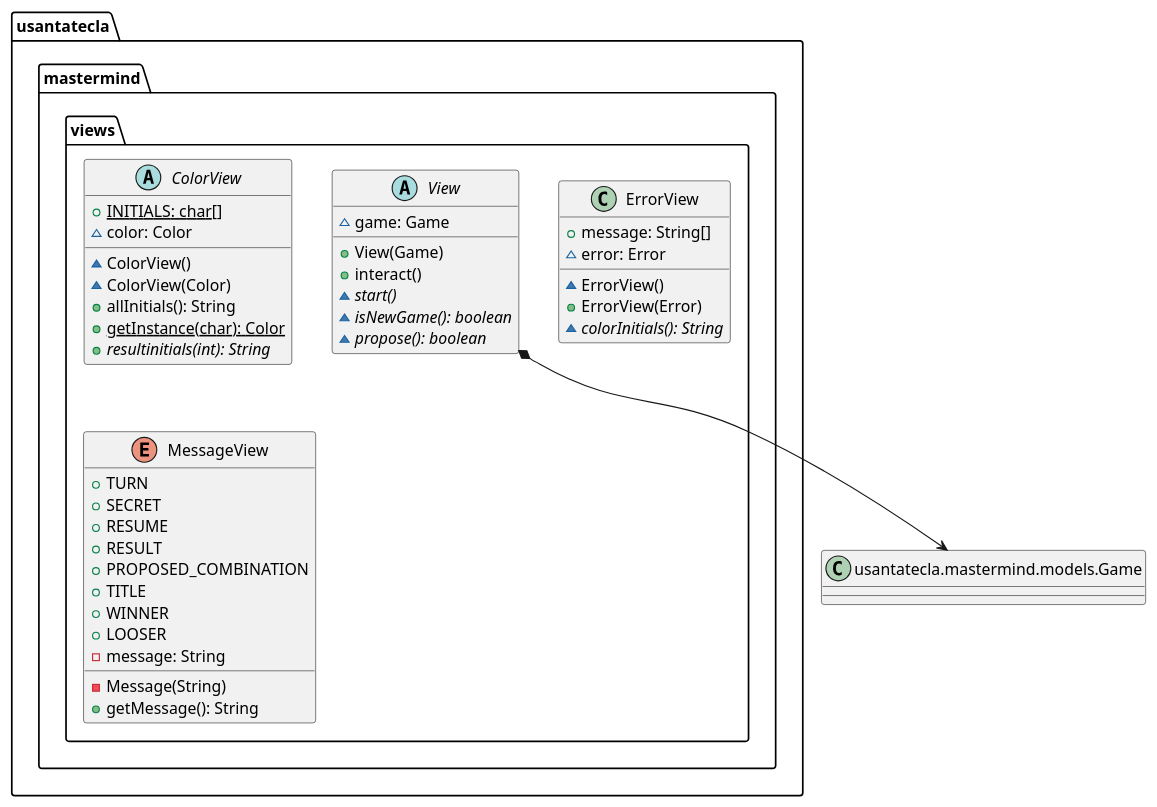
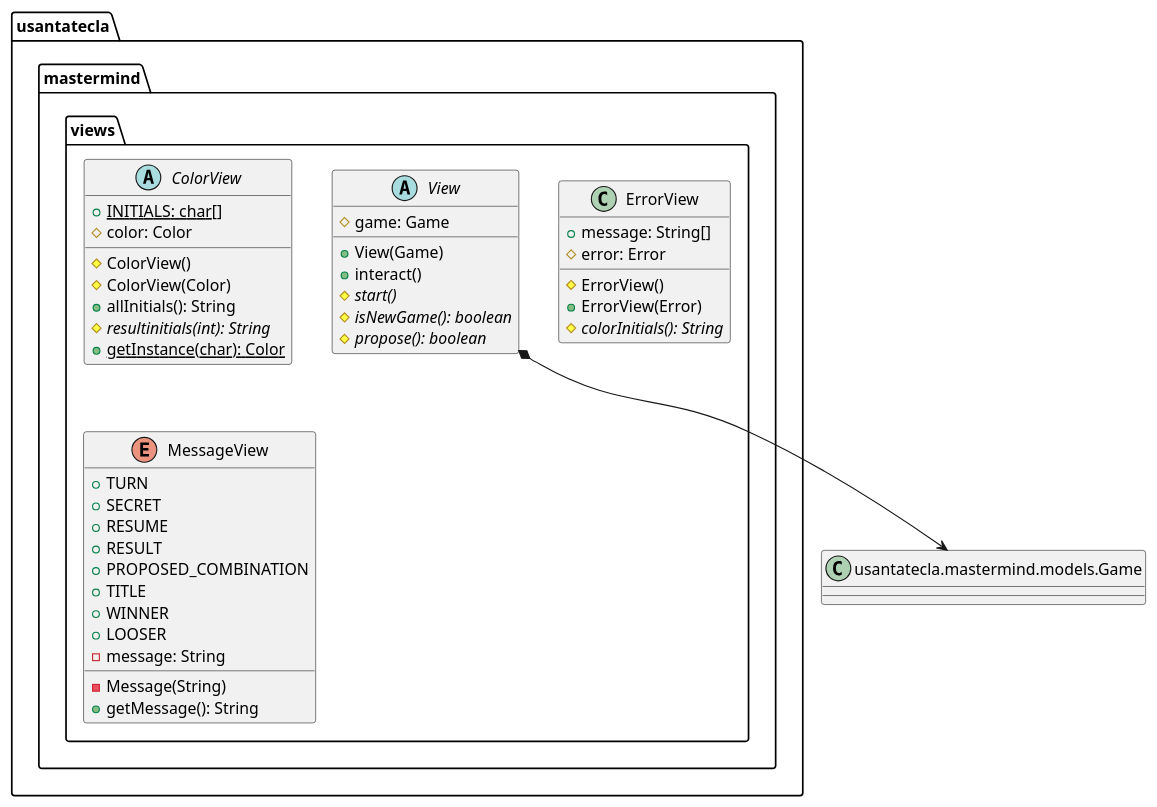
The second of 6 diagrams in documentView/withFactoryMethod/docs/diagrams/src/paquetes.plantuml (SantaTecla-mastermind/solution.java.swing.socket.sql), drawn with PlantUML before and after one commit. The commit also changed other lines of this file and 6 other files, not shown here.

Commit message:
DocumentView.WithFactoryMethod diagrams 2.0 (Protected fixed)

```diff
--- a/documentView/withFactoryMethod/docs/diagrams/src/paquetes.plantuml
+++ b/documentView/withFactoryMethod/docs/diagrams/src/paquetes.plantuml
@@ -37,47 +35,47 @@
 @startuml mastermind.views
 abstract class  usantatecla.mastermind.views.ColorView{
 +{static} INITIALS: char[]
-~color: Color
-~ ColorView()
-~ ColorView(Color)
+# color: Color
+# ColorView()
+# ColorView(Color)
 + allInitials(): String
+# {abstract} resultinitials(int): String
 + {static} getInstance(char): Color
-+ {abstract} resultinitials(int): String
 }
 
 class  usantatecla.mastermind.views.ErrorView{
 + message: String[]
-~ error: Error
-~ ErrorView()
+# error: Error
+# ErrorView()
 + ErrorView(Error)
-~ {abstract} colorInitials(): String
+# {abstract} colorInitials(): String
 }
 
 enum  usantatecla.mastermind.views.MessageView{
 + TURN
 + SECRET
 + RESUME
 + RESULT
 + PROPOSED_COMBINATION
 + TITLE
 + WINNER
 + LOOSER
 - message: String
 - Message(String)
 + getMessage(): String
 }
 
 abstract class  usantatecla.mastermind.views.View{
-~ game: Game
+# game: Game
 + View(Game)
 + interact() 
-~ {abstract} start() 
-~ {abstract} isNewGame(): boolean
-~ {abstract} propose(): boolean
+# {abstract} start() 
+# {abstract} isNewGame(): boolean
+# {abstract} propose(): boolean
 }
 
 class Game as "usantatecla.mastermind.models.Game"{
 
 }
 usantatecla.mastermind.views.View *-down-> Game
 @enduml
```
